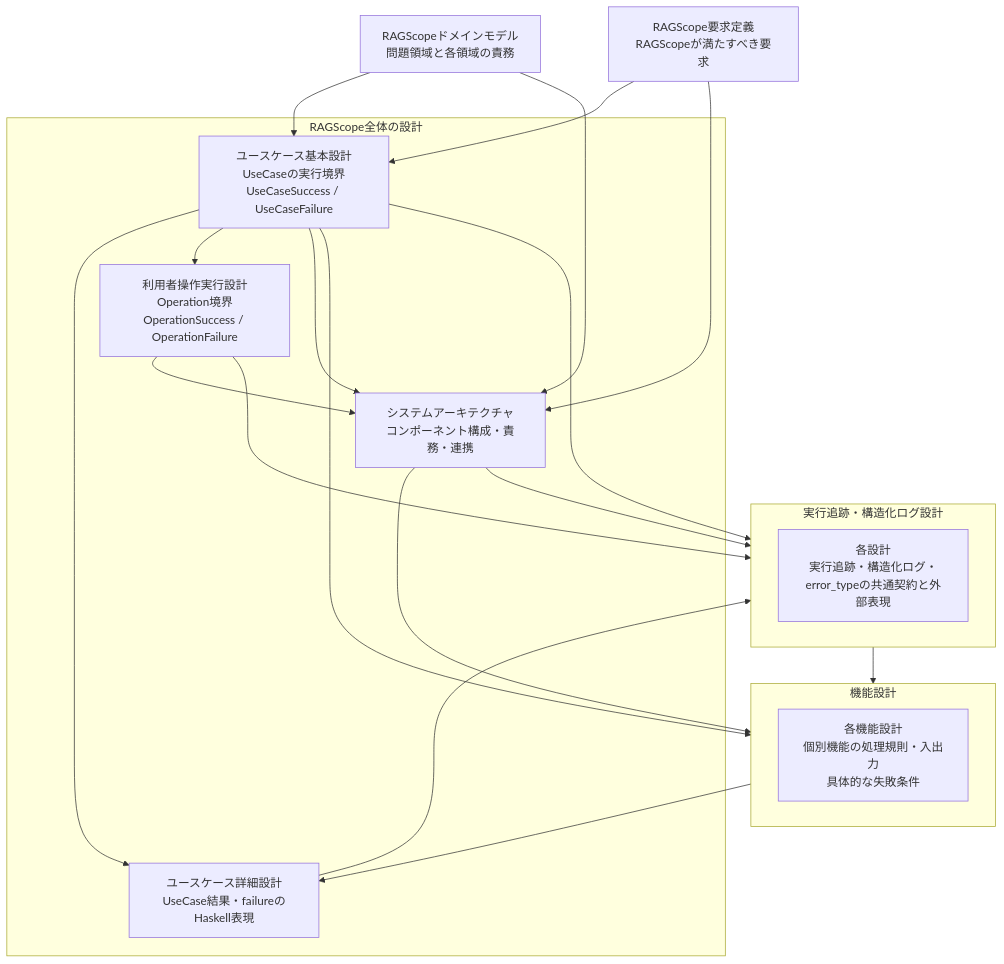
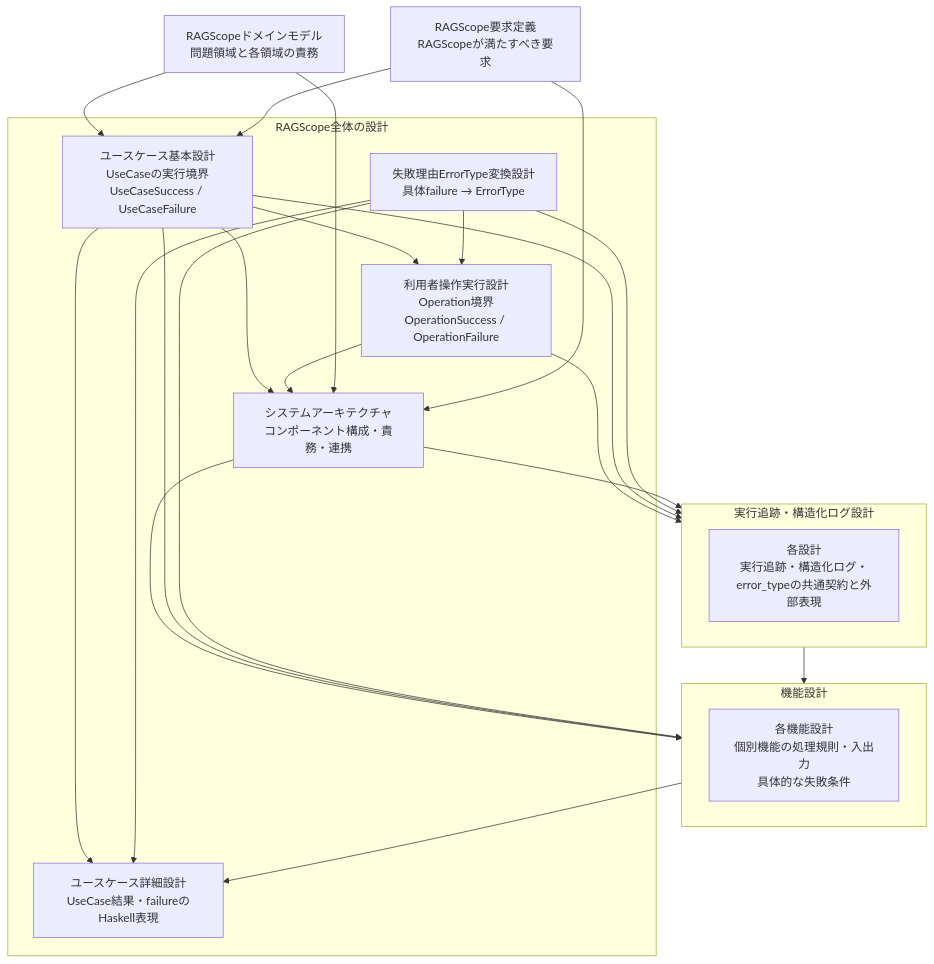
One commit to takashit16833/RAGScope changed the diagram in project-docs/design/README.md. Above: the diagram before and after it, drawn with Mermaid. The commit also changed other lines of this file and 4 other files, not shown here.

Commit message:
docs: generalize ToErrorType failure conversion

````diff
--- a/project-docs/design/README.md
+++ b/project-docs/design/README.md
@@ -22,39 +23,43 @@
 ```mermaid
 flowchart TD
     Domain["RAGScopeドメインモデル<br>問題領域と各領域の責務"]
     Requirements["RAGScope要求定義<br>RAGScopeが満たすべき要求"]
 
     subgraph Core["RAGScope全体の設計"]
         UseCase["ユースケース基本設計<br>UseCaseの実行境界<br>UseCaseSuccess / UseCaseFailure"]
         UseCaseDetail["ユースケース詳細設計<br>UseCase結果・failureのHaskell表現"]
+        ErrorTypeConversion["失敗理由ErrorType変換設計<br>具体failure → ErrorType"]
         Operation["利用者操作実行設計<br>Operation境界<br>OperationSuccess / OperationFailure"]
         Architecture["システムアーキテクチャ<br>コンポーネント構成・責務・連携"]
         UseCase --> UseCaseDetail
+        ErrorTypeConversion --> UseCaseDetail
         UseCase --> Operation
+        ErrorTypeConversion --> Operation
         UseCase --> Architecture
         Operation --> Architecture
     end
 
     subgraph Features["機能設計"]
         FeatureDesigns["各機能設計<br>個別機能の処理規則・入出力<br>具体的な失敗条件"]
     end
 
     subgraph Logging["実行追跡・構造化ログ設計"]
         LoggingDesigns["各設計<br>実行追跡・構造化ログ・error_typeの共通契約と外部表現"]
     end
 
     Domain --> UseCase
     Requirements --> UseCase
     Domain --> Architecture
     Requirements --> Architecture
 
     Architecture --> Features
     UseCase --> Features
+    ErrorTypeConversion --> Features
     Features --> UseCaseDetail
 
     Operation --> Logging
     UseCase --> Logging
-    UseCaseDetail --> Logging
+    ErrorTypeConversion --> Logging
     Architecture --> Logging
     Logging --> Features
 ```
````
